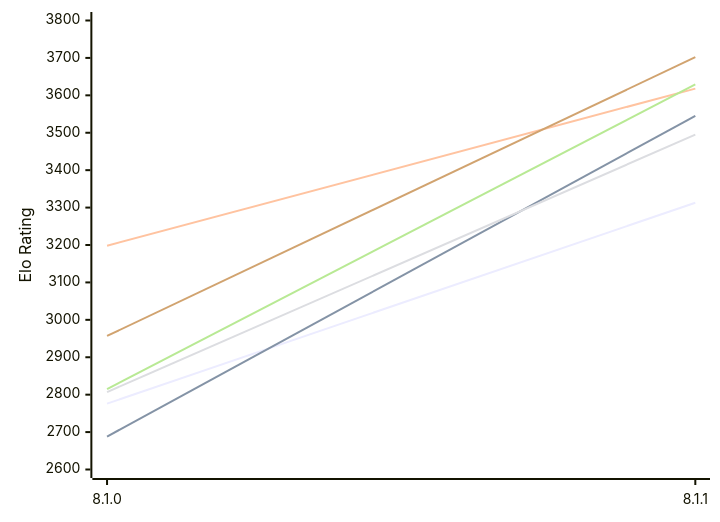
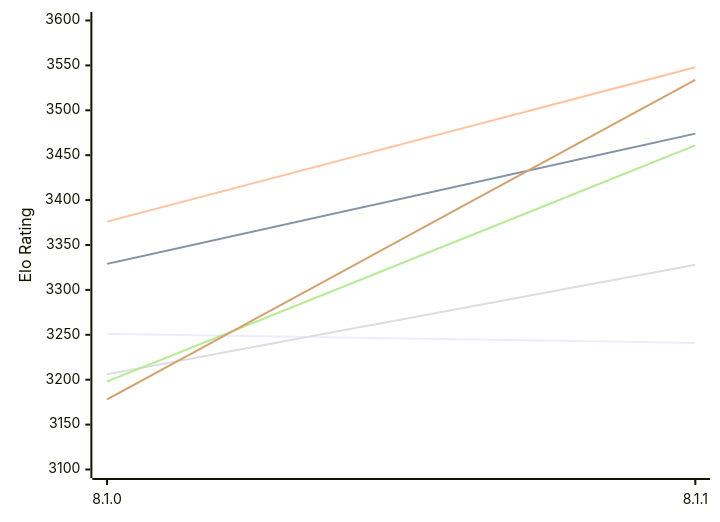
The first of 2 diagrams in engines/Velvet.md (computer-chess-index/cci), drawn with Mermaid before and after one commit. The commit also changed other lines of this file, not shown here.

Commit message:
Update CCI Ratings (ELO VLTC) - 2026-11-13

````diff
--- a/engines/Velvet.md
+++ b/engines/Velvet.md
@@ -51,12 +51,12 @@
 ```mermaid
 %%{init: {"theme":"base","themeVariables":{"seriesColors:['#a3a3a3','#222221','#faa371']}}}%%
 xychart-beta
   x-axis ["8.1.0", "8.1.1"]
-  y-axis "Elo Rating" 2600 --> 3800
-  line "E1: STC (8.0+0.08s)" [2776, 3313]
-  line "E1: LTC (60.0+0.60s)" [2688, 3545]
-  line "E1: VLTC (2m24s+1.12s)" [3198, 3618]
-  line "P1: STC (8.0+0.08s)" [2807, 3495]
-  line "P1: LTC (60.0+0.60s)" [2815, 3629]
-  line "P1: VLTC (2m24s+1.12s)" [2957, 3702]
+  y-axis "Elo Rating" 3100 --> 3600
+  line "E1: STC (8.0+0.08s)" [3251, 3241]
+  line "E1: LTC (60.0+0.60s)" [3329, 3474]
+  line "E1: VLTC (2m24s+1.12s)" [3376, 3548]
+  line "P1: STC (8.0+0.08s)" [3206, 3328]
+  line "P1: LTC (60.0+0.60s)" [3198, 3461]
+  line "P1: VLTC (2m24s+1.12s)" [3178, 3534]
 ```
````
